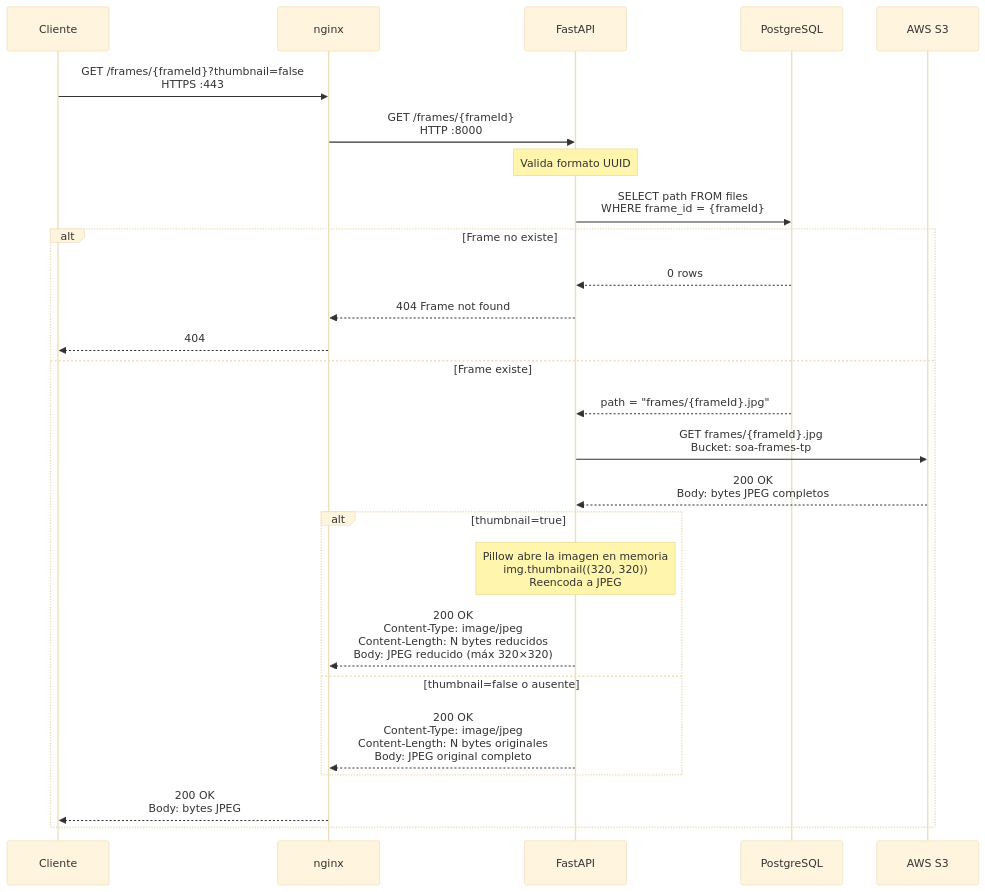
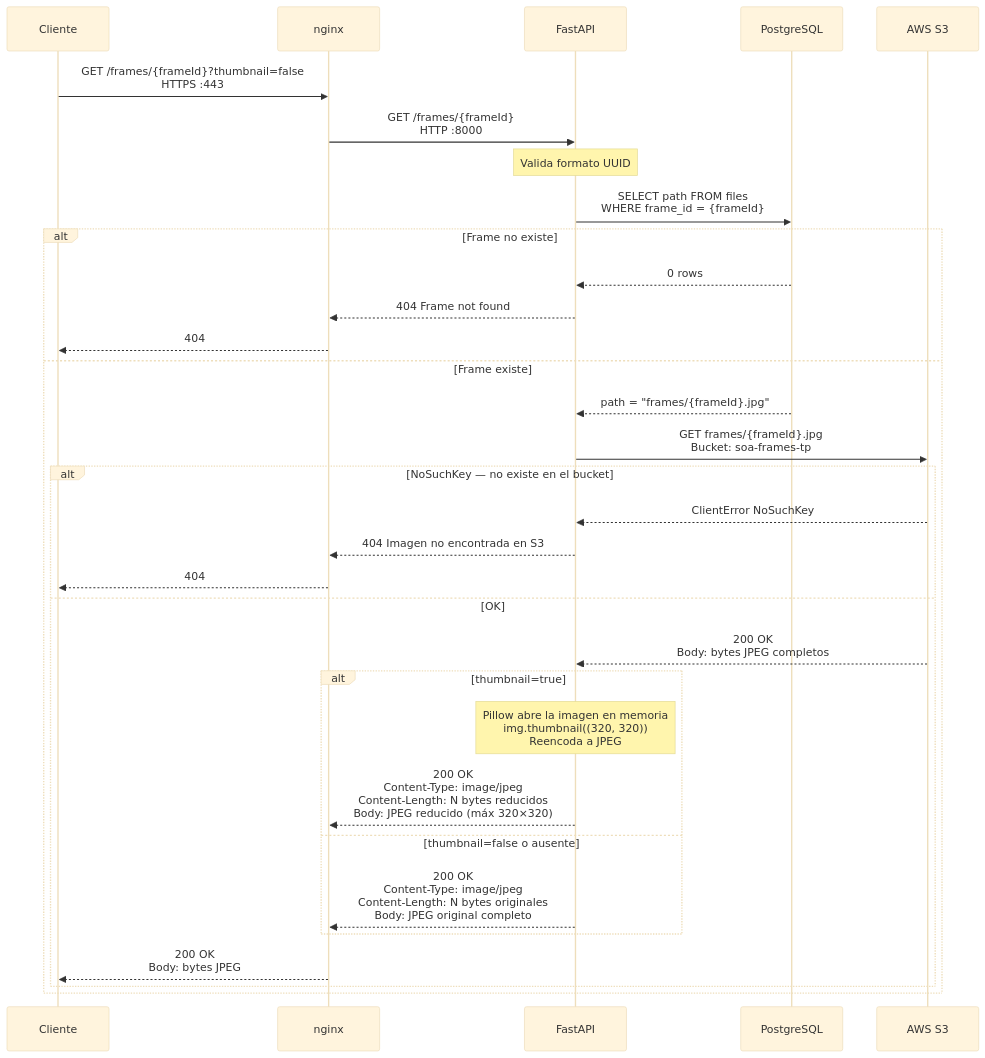
The fourth of 13 diagrams in Documentación/SECUENCIAS.md (bautimacedo/SOA-ComputerVision-2026), drawn with Mermaid (base theme) before and after one commit. The commit also changed other lines of this file and 7 other files, not shown here.

````diff
--- a/Documentación/SECUENCIAS.md
+++ b/Documentación/SECUENCIAS.md
@@ -115,35 +115,42 @@
 ```mermaid
 sequenceDiagram
     participant C as Cliente
     participant N as nginx
     participant F as FastAPI
     participant DB as PostgreSQL
     participant S3 as AWS S3
 
     C->>N: GET /frames/{frameId}?thumbnail=false<br/>HTTPS :443
     N->>F: GET /frames/{frameId}<br/>HTTP :8000
 
     Note over F: Valida formato UUID
 
     F->>DB: SELECT path FROM files<br/>WHERE frame_id = {frameId}
 
     alt Frame no existe
         DB-->>F: 0 rows
         F-->>N: 404 Frame not found
         N-->>C: 404
     else Frame existe
         DB-->>F: path = "frames/{frameId}.jpg"
 
         F->>S3: GET frames/{frameId}.jpg<br/>Bucket: soa-frames-tp
-        S3-->>F: 200 OK<br/>Body: bytes JPEG completos
 
-        alt thumbnail=true
-            Note over F: Pillow abre la imagen en memoria<br/>img.thumbnail((320, 320))<br/>Reencoda a JPEG
-            F-->>N: 200 OK<br/>Content-Type: image/jpeg<br/>Content-Length: N bytes reducidos<br/>Body: JPEG reducido (máx 320×320)
-        else thumbnail=false o ausente
-            F-->>N: 200 OK<br/>Content-Type: image/jpeg<br/>Content-Length: N bytes originales<br/>Body: JPEG original completo
+        alt NoSuchKey — no existe en el bucket
+            S3-->>F: ClientError NoSuchKey
+            F-->>N: 404 Imagen no encontrada en S3
+            N-->>C: 404
+        else OK
+            S3-->>F: 200 OK<br/>Body: bytes JPEG completos
+
+            alt thumbnail=true
+                Note over F: Pillow abre la imagen en memoria<br/>img.thumbnail((320, 320))<br/>Reencoda a JPEG
+                F-->>N: 200 OK<br/>Content-Type: image/jpeg<br/>Content-Length: N bytes reducidos<br/>Body: JPEG reducido (máx 320×320)
+            else thumbnail=false o ausente
+                F-->>N: 200 OK<br/>Content-Type: image/jpeg<br/>Content-Length: N bytes originales<br/>Body: JPEG original completo
+            end
+
+            N-->>C: 200 OK<br/>Body: bytes JPEG
         end
-
-        N-->>C: 200 OK<br/>Body: bytes JPEG
     end
 ```
````
